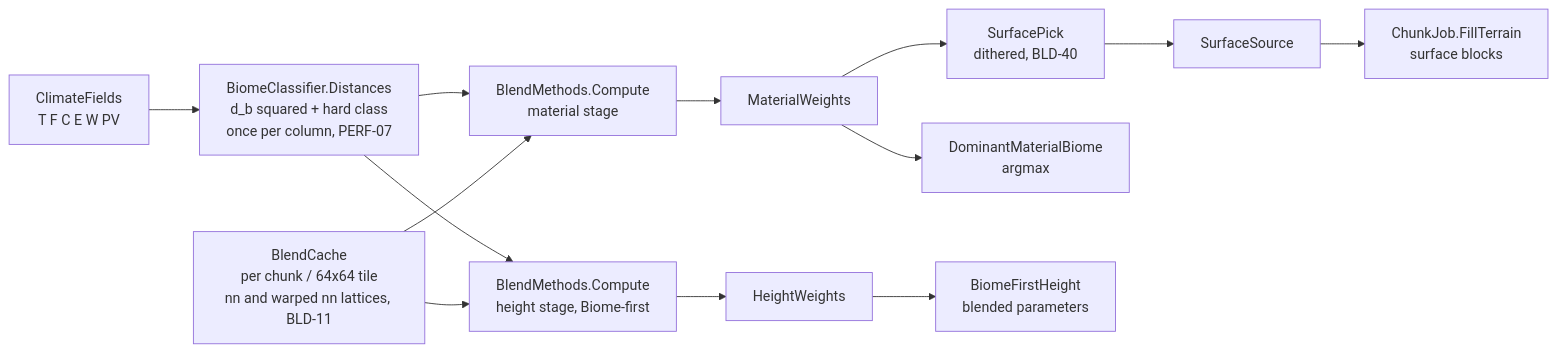
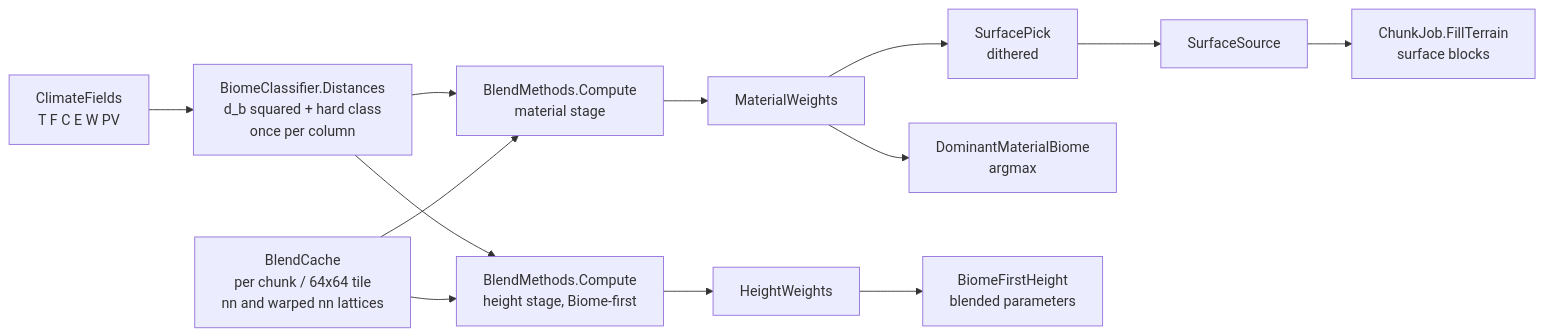
One commit to anilas5235/Infinitile changed the third of 7 diagrams in Assets/Engine/Docs/WorldGenerationPipeline.md. Above: the diagram before and after it, drawn with Mermaid. The commit also changed other lines of this file and 281 other files, not shown here.

````diff
--- a/Assets/Engine/Docs/WorldGenerationPipeline.md
+++ b/Assets/Engine/Docs/WorldGenerationPipeline.md
@@ -261,23 +250,23 @@
 ```mermaid
 flowchart LR
     F[ClimateFields
 T F C E W PV] --> D[BiomeClassifier.Distances
 d_b squared + hard class
-once per column, PERF-07]
+once per column]
     D --> M[BlendMethods.Compute
 material stage]
     D --> HS[BlendMethods.Compute
 height stage, Biome-first]
     L[BlendCache
 per chunk / 64x64 tile
-nn and warped nn lattices, BLD-11] --> M
+nn and warped nn lattices] --> M
     L --> HS
     M --> MW[MaterialWeights] --> SP[SurfacePick
-dithered, BLD-40] --> SS[SurfaceSource]
+dithered] --> SS[SurfaceSource]
     MW --> DM[DominantMaterialBiome
 argmax]
     HS --> HW[HeightWeights] --> BH[BiomeFirstHeight
 blended parameters]
     SS --> J[ChunkJob.FillTerrain
 surface blocks]
 ```
````
